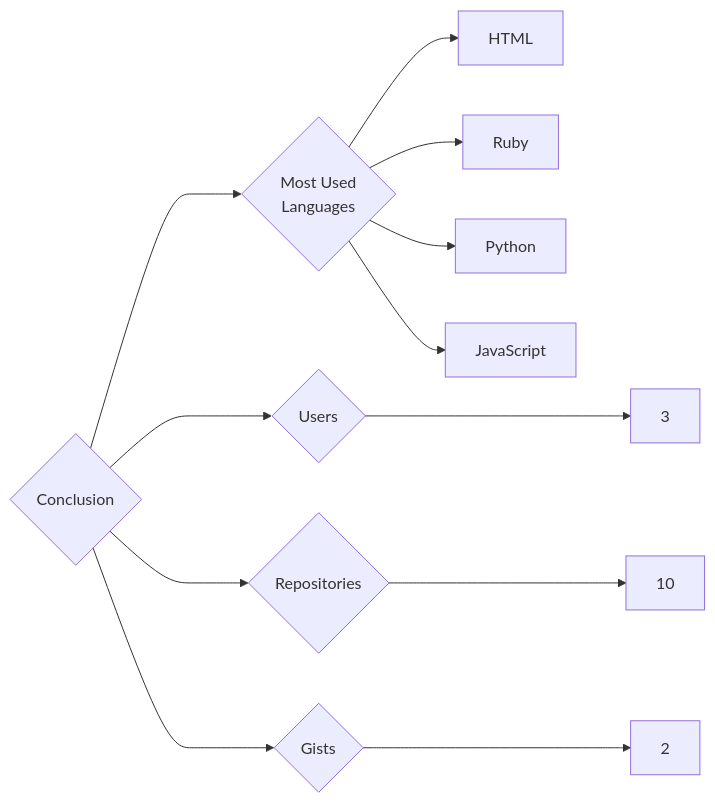
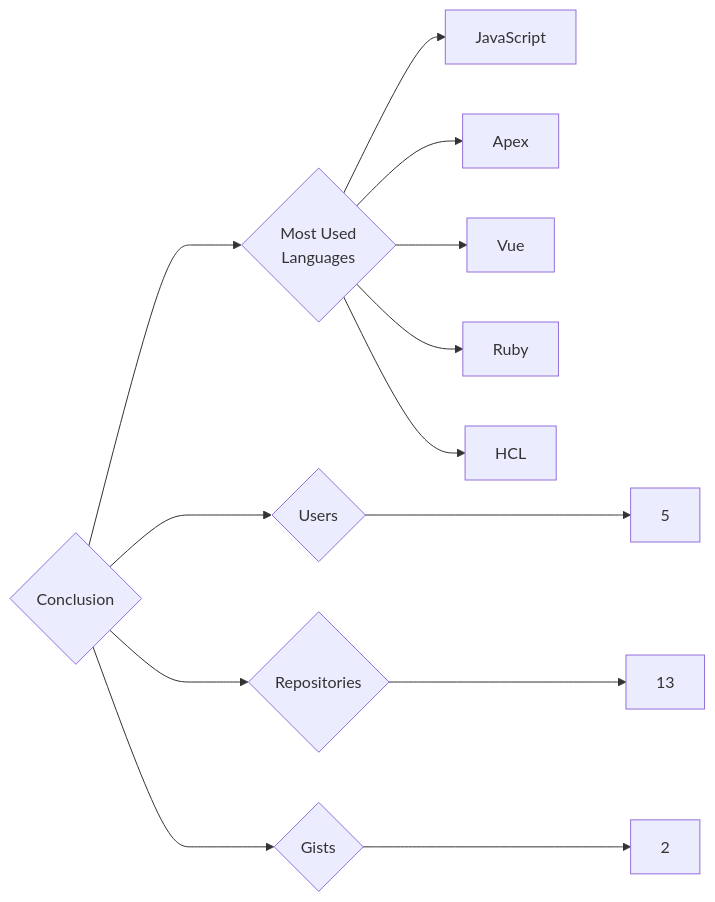
Before and after one commit to trickest/insiders: the diagram in targets/Conclusion/README.md, drawn with Mermaid. The commit also changed 1170 other files, not shown here.

````diff
--- a/targets/Conclusion/README.md
+++ b/targets/Conclusion/README.md
@@ -3,12 +3,13 @@
 ```mermaid
 graph LR
 COMPANY_NAME{Conclusion}
-COMPANY_NAME ---> U{Users} ---> UN[3]
-COMPANY_NAME ---> R{Repositories} ---> RN[10]
+COMPANY_NAME ---> U{Users} ---> UN[5]
+COMPANY_NAME ---> R{Repositories} ---> RN[13]
 COMPANY_NAME ---> G{Gists} ---> GN[2]
 COMPANY_NAME ---> ML{Most Used<br>Languages}
-ML --> HTML[HTML]
+ML --> JavaScript[JavaScript]
+ML --> Apex[Apex]
+ML --> Vue[Vue]
 ML --> Ruby[Ruby]
-ML --> Python[Python]
-ML --> JavaScript[JavaScript]
+ML --> HCL[HCL]
 ```
````
